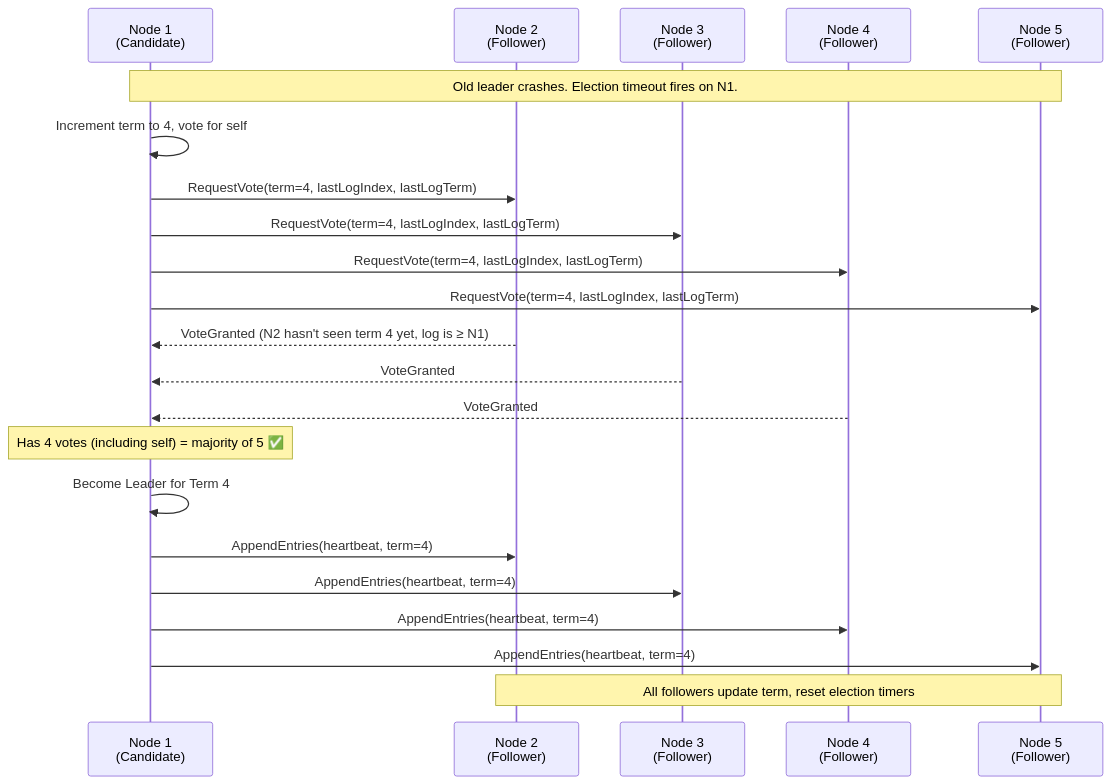
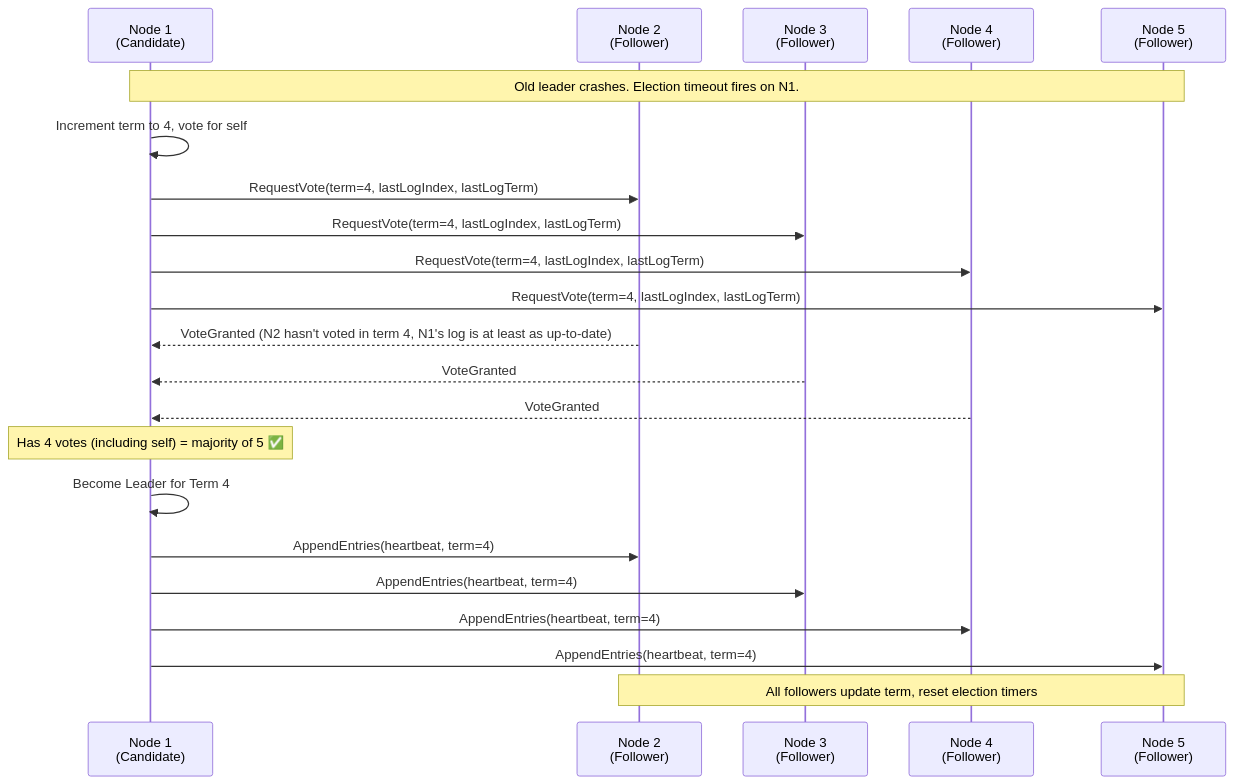
The second of 4 diagrams in Level-04-Distributed-Systems/03-Consensus-Paxos-Raft/README.md (Ankan1998/learn-system-design), drawn with Mermaid before and after one commit. The commit also changed other lines of this file and 139 other files, not shown here.

````diff
--- a/Level-04-Distributed-Systems/03-Consensus-Paxos-Raft/README.md
+++ b/Level-04-Distributed-Systems/03-Consensus-Paxos-Raft/README.md
@@ -106,29 +108,29 @@
 ```mermaid
 sequenceDiagram
     participant N1 as Node 1<br/>(Candidate)
     participant N2 as Node 2<br/>(Follower)
     participant N3 as Node 3<br/>(Follower)
     participant N4 as Node 4<br/>(Follower)
     participant N5 as Node 5<br/>(Follower)
 
     Note over N1,N5: Old leader crashes. Election timeout fires on N1.
     N1->>N1: Increment term to 4, vote for self
     N1->>N2: RequestVote(term=4, lastLogIndex, lastLogTerm)
     N1->>N3: RequestVote(term=4, lastLogIndex, lastLogTerm)
     N1->>N4: RequestVote(term=4, lastLogIndex, lastLogTerm)
     N1->>N5: RequestVote(term=4, lastLogIndex, lastLogTerm)
 
-    N2-->>N1: VoteGranted (N2 hasn't seen term 4 yet, log is ≥ N1)
+    N2-->>N1: VoteGranted (N2 hasn't voted in term 4, N1's log is at least as up-to-date)
     N3-->>N1: VoteGranted
     N4-->>N1: VoteGranted
 
     Note over N1: Has 4 votes (including self) = majority of 5 ✅
     N1->>N1: Become Leader for Term 4
 
     N1->>N2: AppendEntries(heartbeat, term=4)
     N1->>N3: AppendEntries(heartbeat, term=4)
     N1->>N4: AppendEntries(heartbeat, term=4)
     N1->>N5: AppendEntries(heartbeat, term=4)
 
     Note over N2,N5: All followers update term, reset election timers
 ```
````
